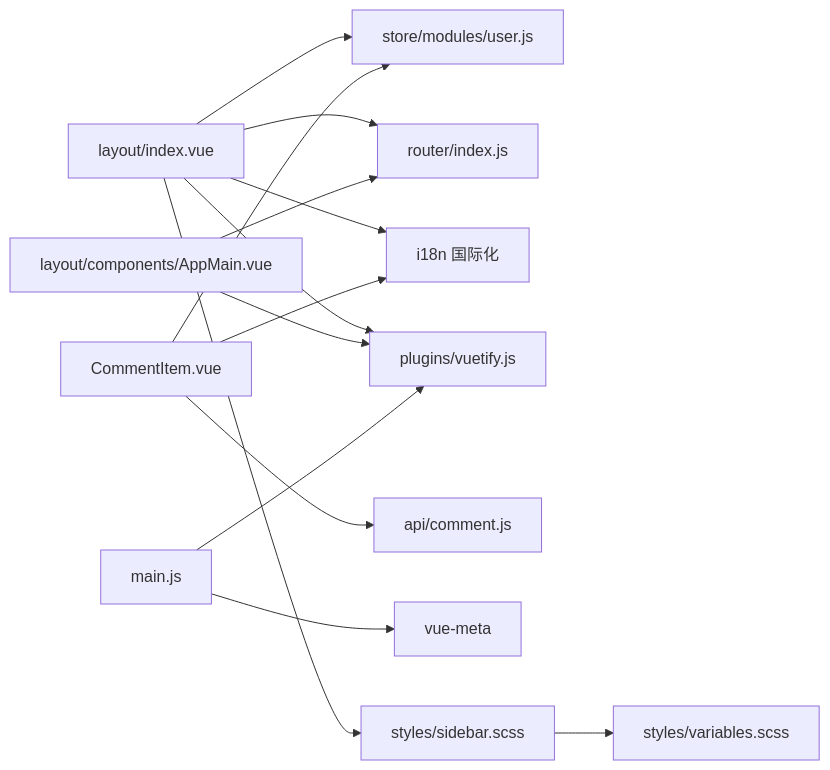
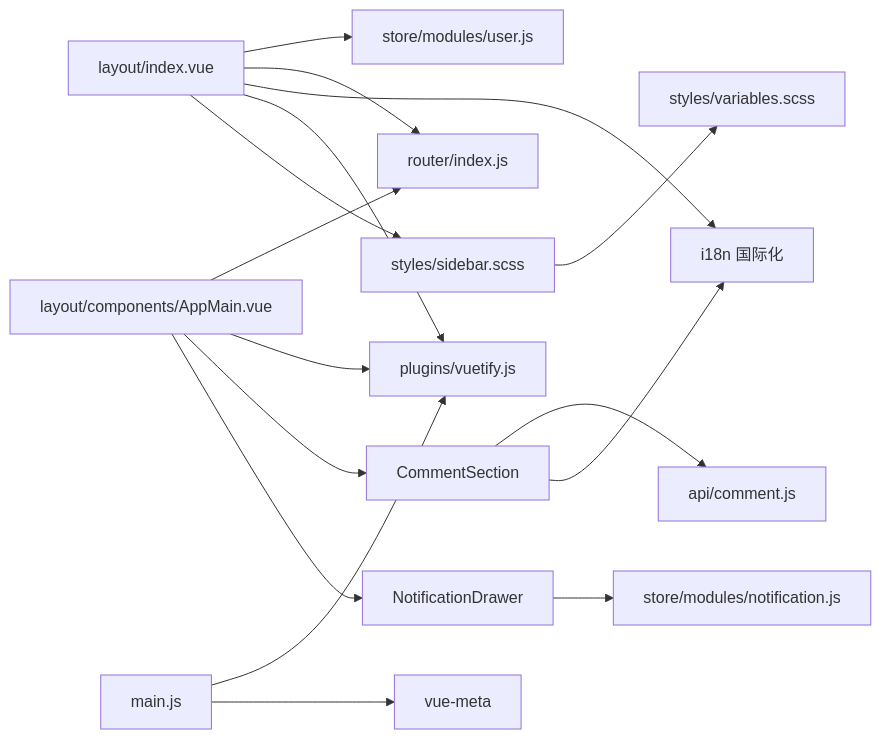
One commit to TinyMaD/SpeedRunnersLab changed the fourth of 4 diagrams in .qoder/repowiki/zh/content/前端应用/组件架构/布局组件.md. Above: the diagram before and after it, drawn with Mermaid. The commit also changed other lines of this file and 9 other files, not shown here.

````diff
--- a/.qoder/repowiki/zh/content/前端应用/组件架构/布局组件.md
+++ b/.qoder/repowiki/zh/content/前端应用/组件架构/布局组件.md
@@ -338,16 +482,18 @@
 ```mermaid
 graph LR
 L["layout/index.vue"] --> S["store/modules/user.js"]
 L --> R["router/index.js"]
 L --> I18N["i18n 国际化"]
 L --> V["plugins/vuetify.js"]
 AM["layout/components/AppMain.vue"] --> R
 AM --> V
-CI["CommentItem.vue"] --> API["api/comment.js"]
-CI --> I18N
-CI --> S
+AM --> COMMENT["CommentSection"]
+AM --> NOTI["NotificationDrawer"]
+NOTI --> NOTIMOD["store/modules/notification.js"]
+COMMENT --> API["api/comment.js"]
+COMMENT --> I18N
 MAIN["main.js"] --> V
 MAIN --> META["vue-meta"]
 L --> CSS["styles/sidebar.scss"]
 CSS --> VAR["styles/variables.scss"]
 ```
````
